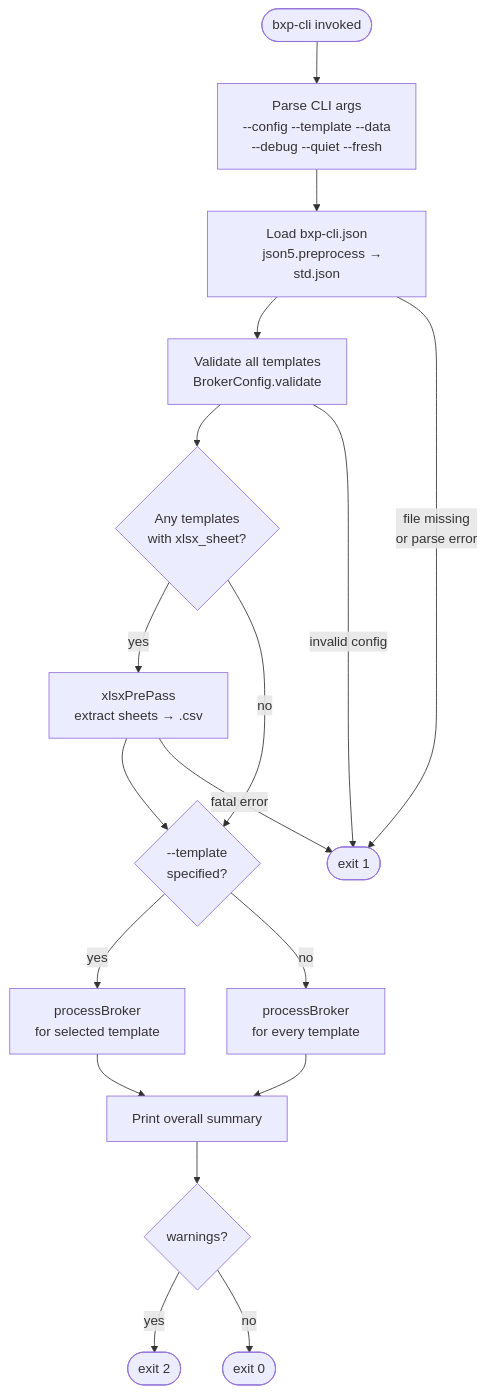
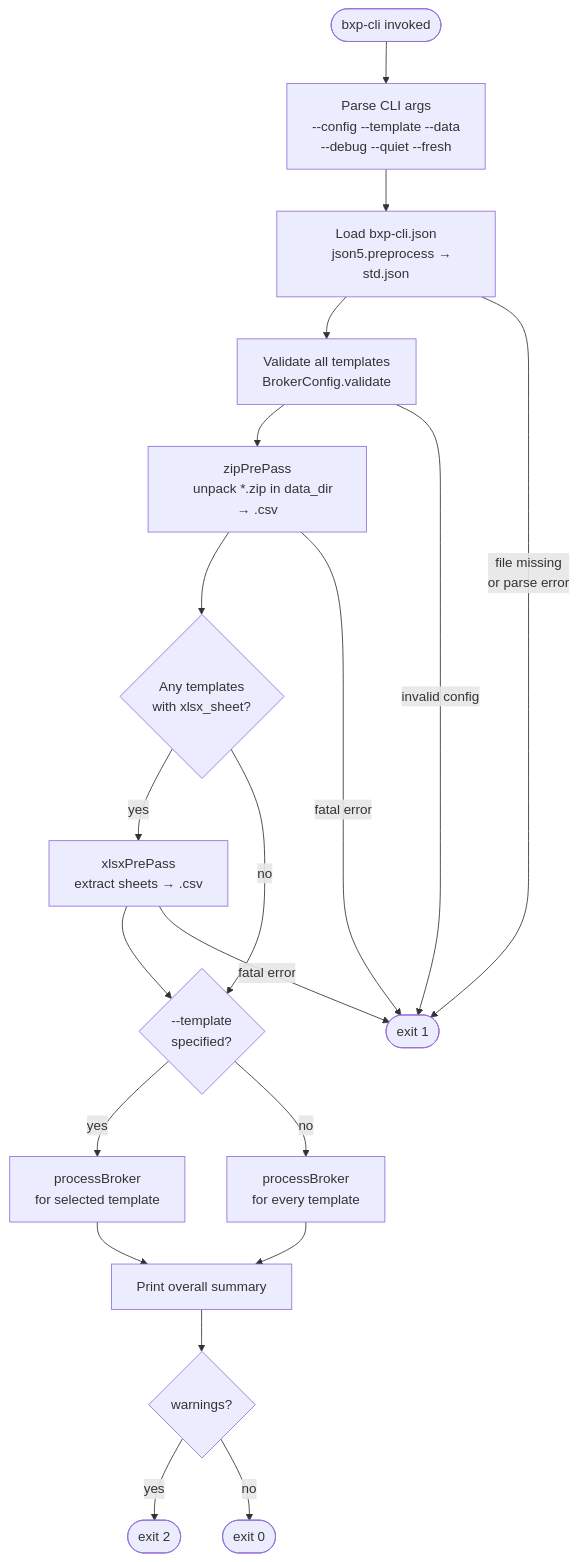
One commit to zaxified/bxp changed the first of 5 diagrams in docs/dev/architecture/pipeline.md. Above: the diagram before and after it, drawn with Mermaid. The commit also changed other lines of this file and 53 other files, not shown here.

````diff
--- a/docs/dev/architecture/pipeline.md
+++ b/docs/dev/architecture/pipeline.md
@@ -11,31 +11,34 @@
 ```mermaid
 flowchart TD
     START([bxp-cli invoked]) --> ARGS[Parse CLI args
     --config --template --data
     --debug --quiet --fresh]
     ARGS --> LOADCFG[Load bxp-cli.json
     json5.preprocess → std.json]
     LOADCFG --> VALIDATE[Validate all templates
     BrokerConfig.validate]
-    VALIDATE --> XLSX_Q{Any templates
+    VALIDATE --> ZIP_PASS[zipPrePass
+    unpack *.zip in data_dir → .csv]
+    ZIP_PASS --> XLSX_Q{Any templates
     with xlsx_sheet?}
     XLSX_Q -->|yes| XLSX_PASS[xlsxPrePass
     extract sheets → .csv]
     XLSX_Q -->|no| SELECT
     XLSX_PASS --> SELECT{--template
     specified?}
     SELECT -->|yes| ONE[processBroker
     for selected template]
     SELECT -->|no| ALL[processBroker
     for every template]
     ONE --> SUMMARY
     ALL --> SUMMARY[Print overall summary]
     SUMMARY --> EXIT{warnings?}
     EXIT -->|yes| CODE2([exit 2])
     EXIT -->|no| CODE0([exit 0])
 
     LOADCFG -->|file missing
     or parse error| FATAL([exit 1])
     VALIDATE -->|invalid config| FATAL
+    ZIP_PASS -->|fatal error| FATAL
     XLSX_PASS -->|fatal error| FATAL
 ```
````
